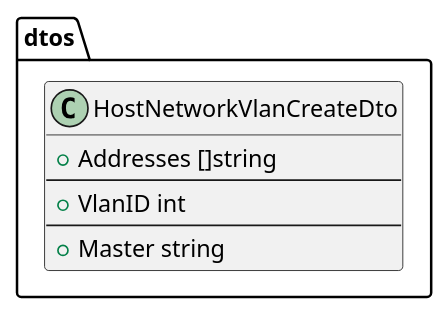
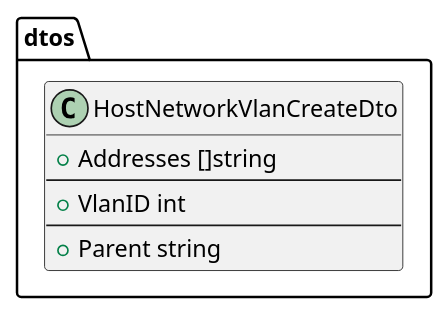
The diagram in docs/plantuml/dto/HostNetworkVlan/HostNetworkVlanCreateDto.puml (lf-edge/rol), drawn with PlantUML before and after one commit. The commit also changed 10 other files, not shown here.

Commit message:
src && docs: rename host vlan master field name to parent

```diff
--- a/docs/plantuml/dto/HostNetworkVlan/HostNetworkVlanCreateDto.puml
+++ b/docs/plantuml/dto/HostNetworkVlan/HostNetworkVlanCreateDto.puml
@@ -1,14 +1,14 @@
 @startuml
 
 package dtos {
     class HostNetworkVlanCreateDto {
         +Addresses []string
         --
         +VlanID int
         --
-        +Master string
+        +Parent string
     }
 }
 
 
 @enduml
```
